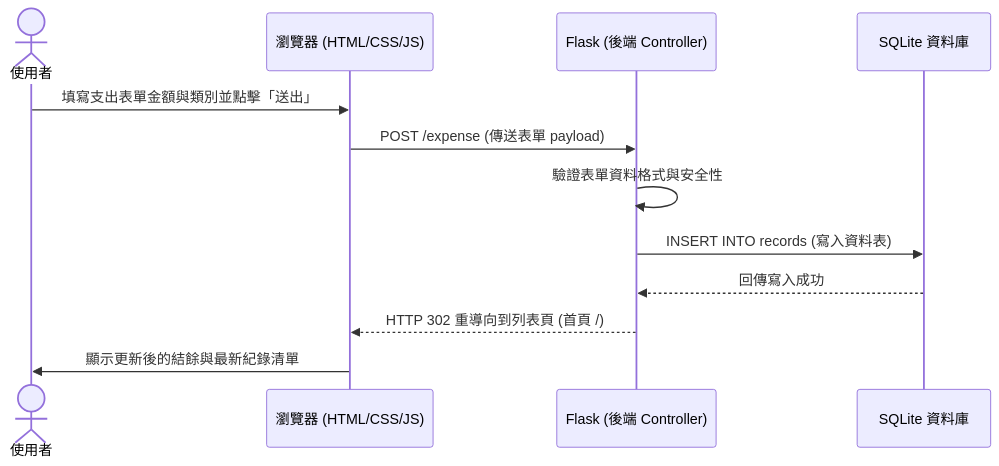
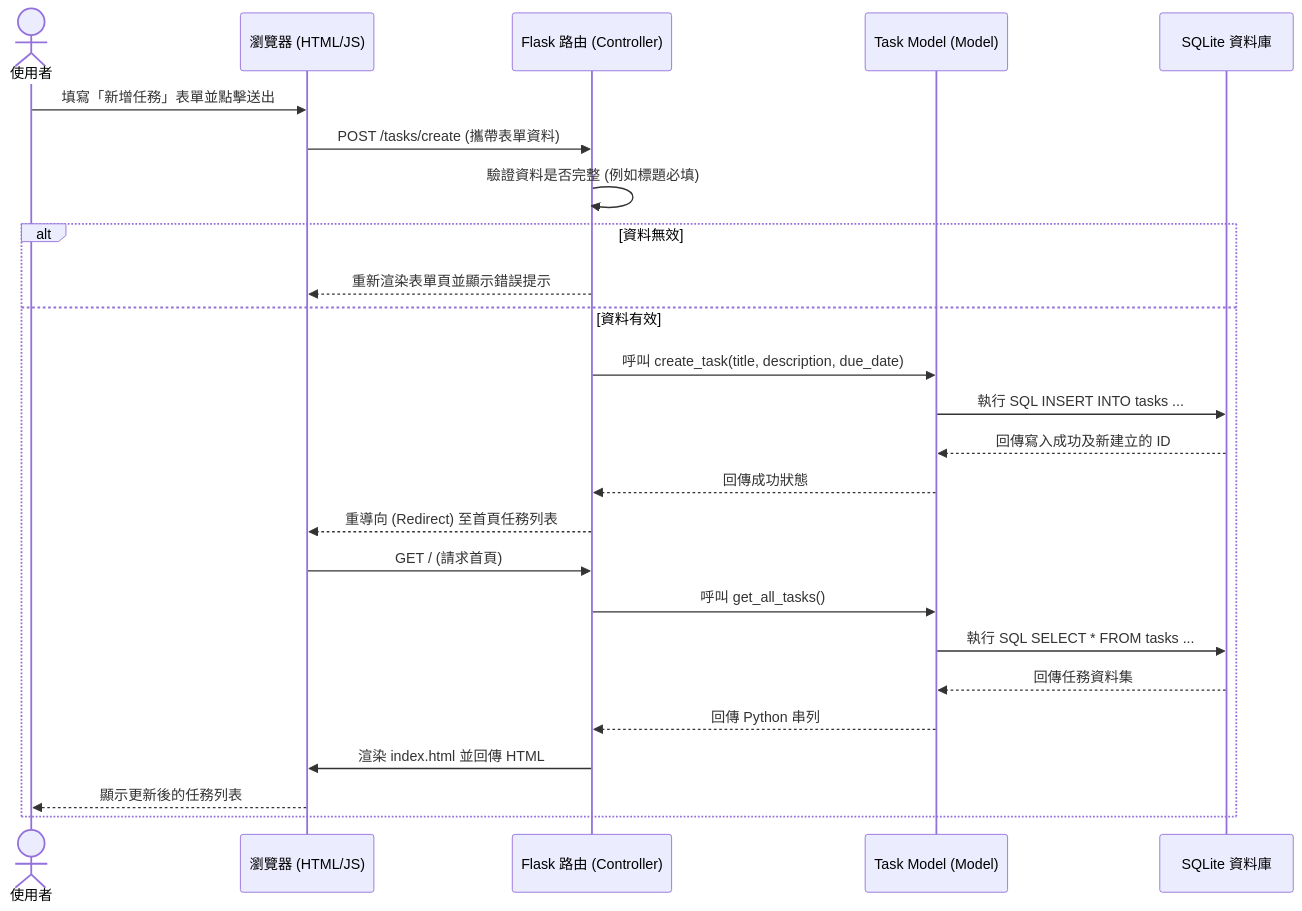
Before and after one commit to D1420370-ops/web_app_development: the second of 2 diagrams in docs/FLOWCHART.md, drawn with Mermaid. The commit also changed other lines of this file, not shown here.

Commit message:
docs: add user flowchart

````diff
--- a/docs/FLOWCHART.md
+++ b/docs/FLOWCHART.md
@@ -29,15 +38,28 @@
 ```mermaid
 sequenceDiagram
     actor User as 使用者
-    participant Browser as 瀏覽器 (HTML/CSS/JS)
-    participant Flask as Flask (後端 Controller)
+    participant Browser as 瀏覽器 (HTML/JS)
+    participant Flask as Flask 路由 (Controller)
+    participant Model as Task Model (Model)
     participant DB as SQLite 資料庫
     
-    User->>Browser: 填寫支出表單金額與類別並點擊「送出」
-    Browser->>Flask: POST /expense (傳送表單 payload)
-    Flask->>Flask: 驗證表單資料格式與安全性
-    Flask->>DB: INSERT INTO records (寫入資料表)
-    DB-->>Flask: 回傳寫入成功
-    Flask-->>Browser: HTTP 302 重導向到列表頁 (首頁 /)
-    Browser->>User: 顯示更新後的結餘與最新紀錄清單
+    User->>Browser: 填寫「新增任務」表單並點擊送出
+    Browser->>Flask: POST /tasks/create (攜帶表單資料)
+    Flask->>Flask: 驗證資料是否完整 (例如標題必填)
+    alt 資料無效
+        Flask-->>Browser: 重新渲染表單頁並顯示錯誤提示
+    else 資料有效
+        Flask->>Model: 呼叫 create_task(title, description, due_date)
+        Model->>DB: 執行 SQL INSERT INTO tasks ...
+        DB-->>Model: 回傳寫入成功及新建立的 ID
+        Model-->>Flask: 回傳成功狀態
+        Flask-->>Browser: 重導向 (Redirect) 至首頁任務列表
+        Browser->>Flask: GET / (請求首頁)
+        Flask->>Model: 呼叫 get_all_tasks()
+        Model->>DB: 執行 SQL SELECT * FROM tasks ...
+        DB-->>Model: 回傳任務資料集
+        Model-->>Flask: 回傳 Python 串列
+        Flask->>Browser: 渲染 index.html 並回傳 HTML
+        Browser-->>User: 顯示更新後的任務列表
+    end
 ```
````
